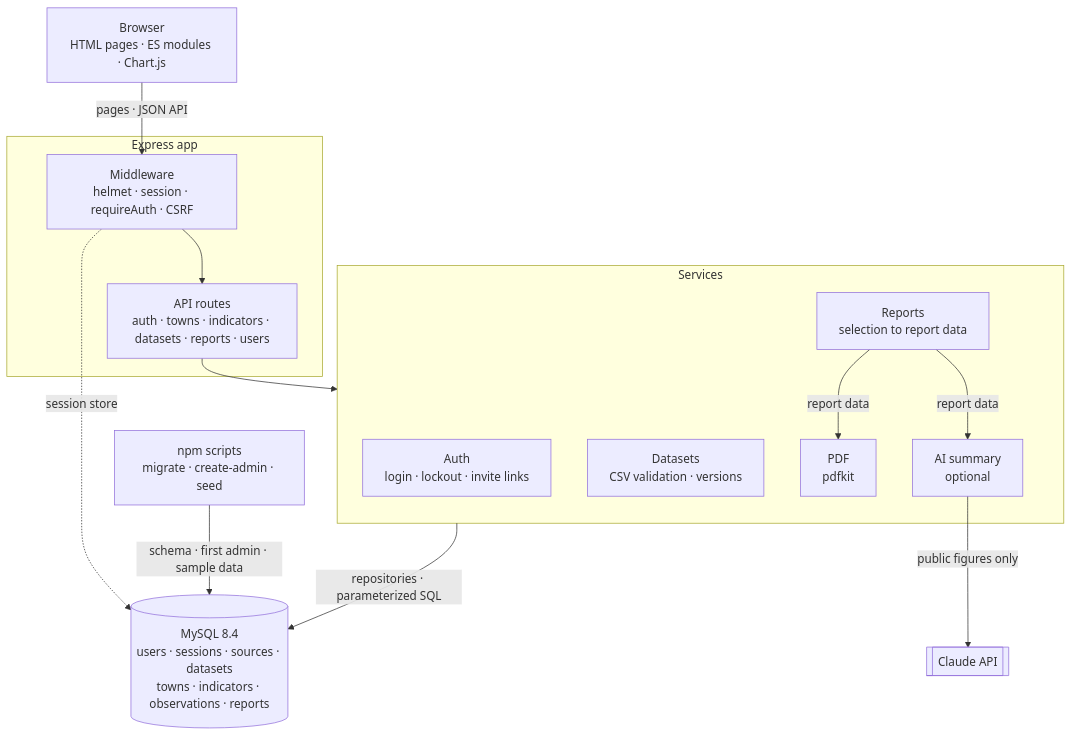
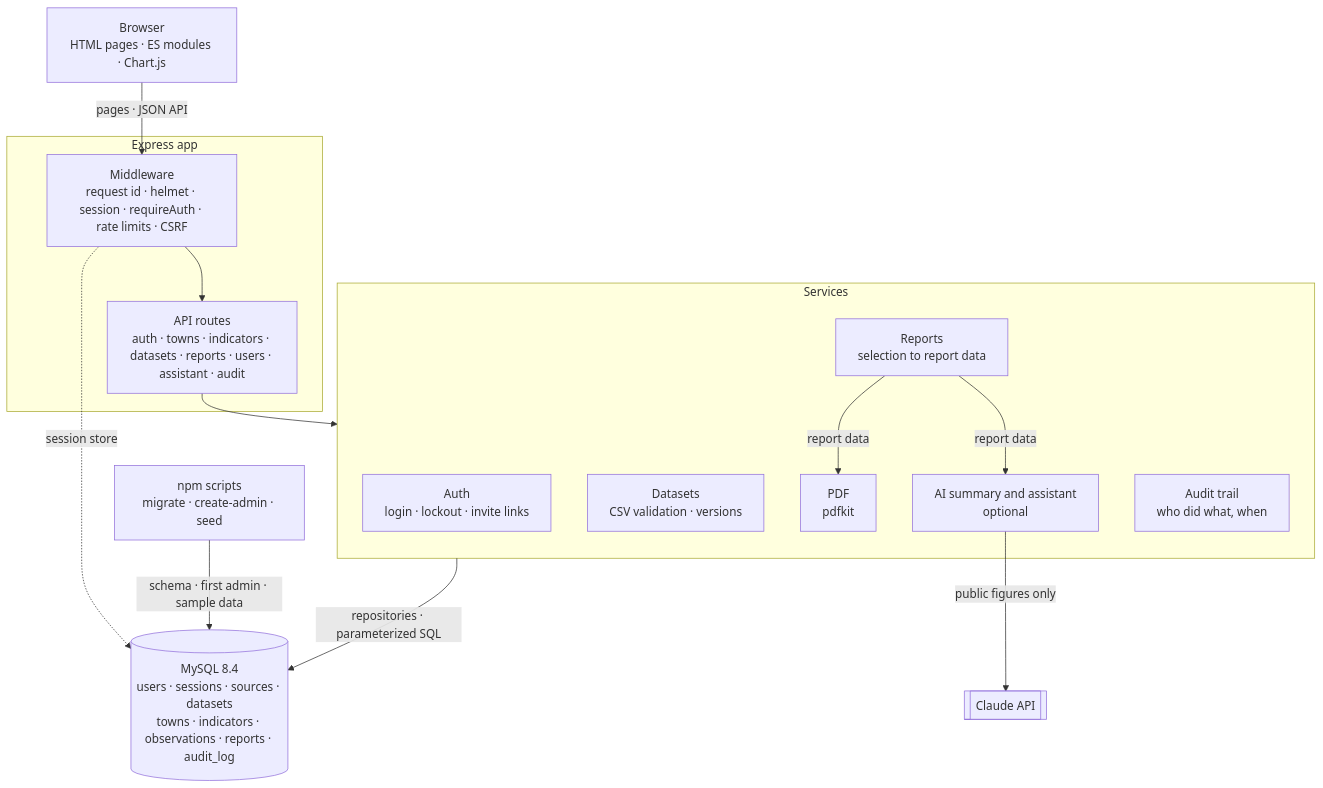
One commit to whalelogic/ct-data-explorer changed the diagram in ct-civic-data-explorer/docs/architecture.md. Above: the diagram before and after it, drawn with Mermaid. The commit also changed other lines of this file and 76 other files, not shown here.

````diff
--- a/ct-civic-data-explorer/docs/architecture.md
+++ b/ct-civic-data-explorer/docs/architecture.md
@@ -5,31 +5,32 @@
 ```mermaid
 flowchart TB
   Browser["Browser<br/>HTML pages · ES modules · Chart.js"]
   Scripts["npm scripts<br/>migrate · create-admin · seed"]
 
   subgraph App["Express app"]
-    Middleware["Middleware<br/>helmet · session · requireAuth · CSRF"]
-    Routes["API routes<br/>auth · towns · indicators · datasets · reports · users"]
+    Middleware["Middleware<br/>request id · helmet · session · requireAuth · rate limits · CSRF"]
+    Routes["API routes<br/>auth · towns · indicators · datasets · reports · users · assistant · audit"]
     Middleware --> Routes
   end
 
   subgraph Services["Services"]
     Auth["Auth<br/>login · lockout · invite links"]
     Datasets["Datasets<br/>CSV validation · versions"]
     Reports["Reports<br/>selection to report data"]
     Pdf["PDF<br/>pdfkit"]
-    Ai["AI summary<br/>optional"]
+    Ai["AI summary and assistant<br/>optional"]
+    Audit["Audit trail<br/>who did what, when"]
     Reports -->|"report data"| Pdf
     Reports -->|"report data"| Ai
   end
 
-  DB[("MySQL 8.4<br/>users · sessions · sources · datasets<br/>towns · indicators · observations · reports")]
+  DB[("MySQL 8.4<br/>users · sessions · sources · datasets<br/>towns · indicators · observations · reports · audit_log")]
   Claude[["Claude API"]]
 
   Browser -->|"pages · JSON API"| Middleware
   Routes --> Services
   Services -->|"repositories · parameterized SQL"| DB
   Middleware -.->|"session store"| DB
   Ai -->|"public figures only"| Claude
   Scripts -->|"schema · first admin · sample data"| DB
 ```
````
